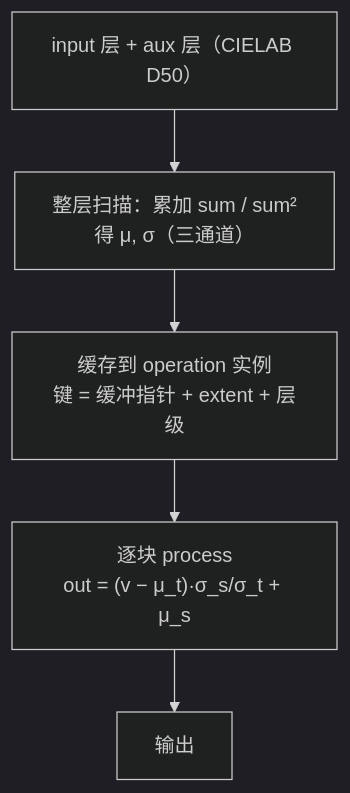
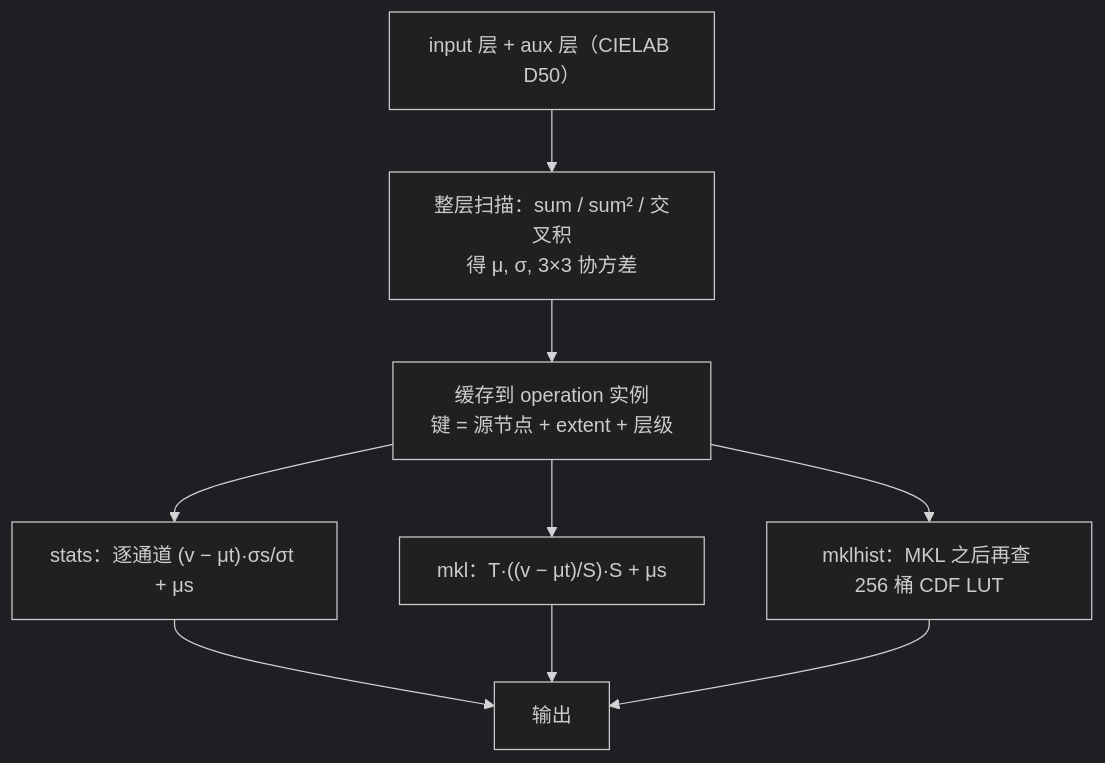
One commit to SuperMrWang-DEV/gegl-color-ops changed the diagram in ops/match-color/README.md. Above: the diagram before and after it, drawn with Mermaid (dark theme). The commit also changed other lines of this file and 6 other files, not shown here.

````diff
--- a/ops/match-color/README.md
+++ b/ops/match-color/README.md
@@ -15,7 +41,11 @@
 ```mermaid
 flowchart TD
-  A["input 层 + aux 层（CIELAB D50）"] --> B["整层扫描：累加 sum / sum²<br/>得 μ, σ（三通道）"]
-  B --> C["缓存到 operation 实例<br/>键 = 缓冲指针 + extent + 层级"]
-  C --> D["逐块 process<br/>out = (v − μ_t)·σ_s/σ_t + μ_s"]
-  D --> E["输出"]
+  A["input 层 + aux 层（CIELAB D50）"] --> B["整层扫描：sum / sum² / 交叉积<br/>得 μ, σ, 3×3 协方差"]
+  B --> C["缓存到 operation 实例<br/>键 = 源节点 + extent + 层级"]
+  C --> D1["stats：逐通道 (v − μt)·σs/σt + μs"]
+  C --> D2["mkl：T·((v − μt)/S)·S + μs"]
+  C --> D3["mklhist：MKL 之后再查 256 桶 CDF LUT"]
+  D1 --> E["输出"]
+  D2 --> E
+  D3 --> E
 ```
````
